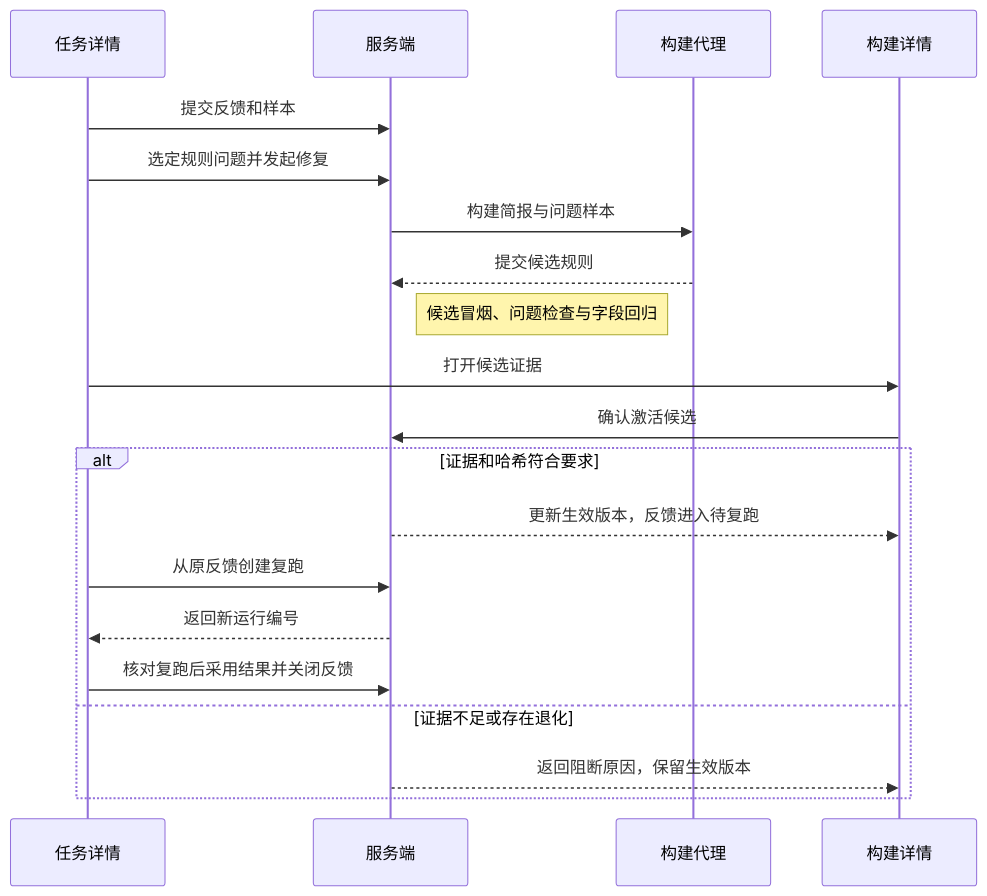
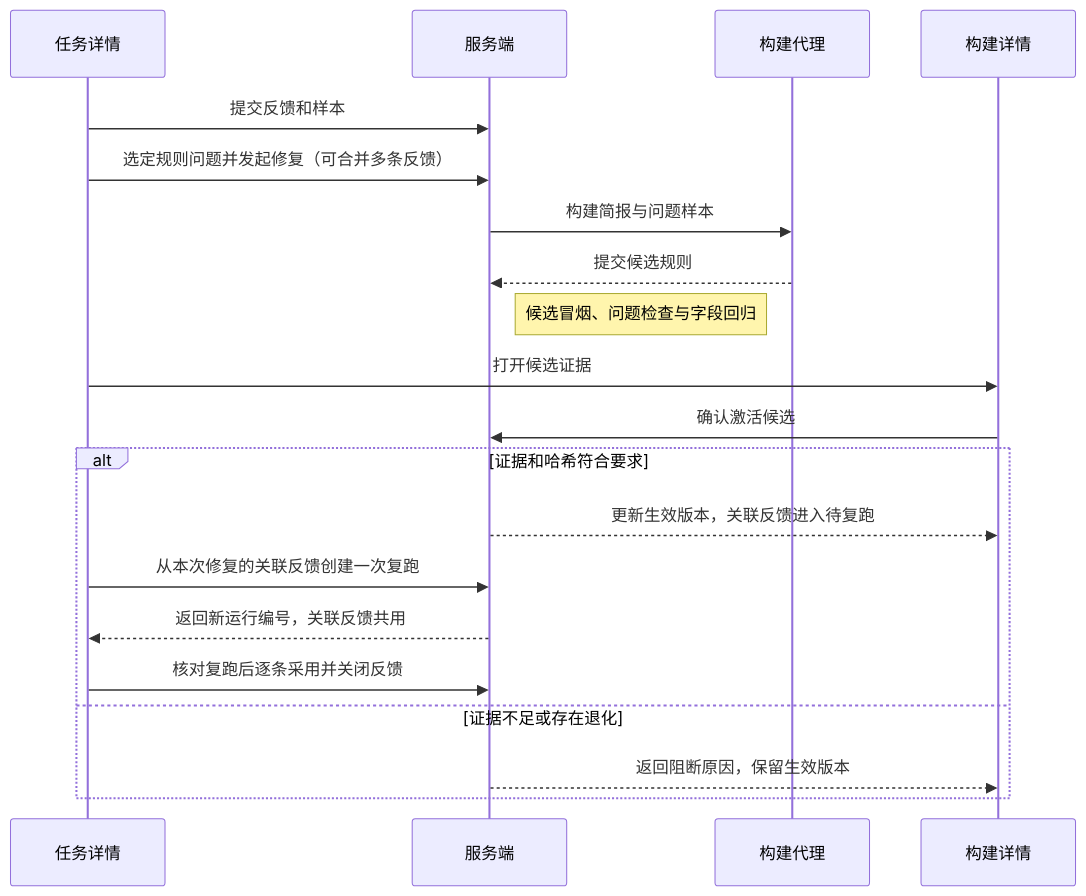
The third of 3 diagrams in docs/34-规则修复与异常工作流.md (xuchaoxin1375/ai-ecom-crawler), drawn with Mermaid before and after one commit. The commit also changed other lines of this file and 12 other files, not shown here.

````diff
--- a/docs/34-规则修复与异常工作流.md
+++ b/docs/34-规则修复与异常工作流.md
@@ -231,23 +231,23 @@
 ```mermaid
 sequenceDiagram
     participant Task as 任务详情
     participant Host as 服务端
     participant Agent as 构建代理
     participant Build as 构建详情
 
     Task->>Host: 提交反馈和样本
-    Task->>Host: 选定规则问题并发起修复
+    Task->>Host: 选定规则问题并发起修复（可合并多条反馈）
     Host->>Agent: 构建简报与问题样本
     Agent-->>Host: 提交候选规则
     Note right of Host: 候选冒烟、问题检查与字段回归
     Task->>Build: 打开候选证据
     Build->>Host: 确认激活候选
     alt 证据和哈希符合要求
-        Host-->>Build: 更新生效版本，反馈进入待复跑
-        Task->>Host: 从原反馈创建复跑
-        Host-->>Task: 返回新运行编号
-        Task->>Host: 核对复跑后采用结果并关闭反馈
+        Host-->>Build: 更新生效版本，关联反馈进入待复跑
+        Task->>Host: 从本次修复的关联反馈创建一次复跑
+        Host-->>Task: 返回新运行编号，关联反馈共用
+        Task->>Host: 核对复跑后逐条采用并关闭反馈
     else 证据不足或存在退化
         Host-->>Build: 返回阻断原因，保留生效版本
     end
 ```
````
